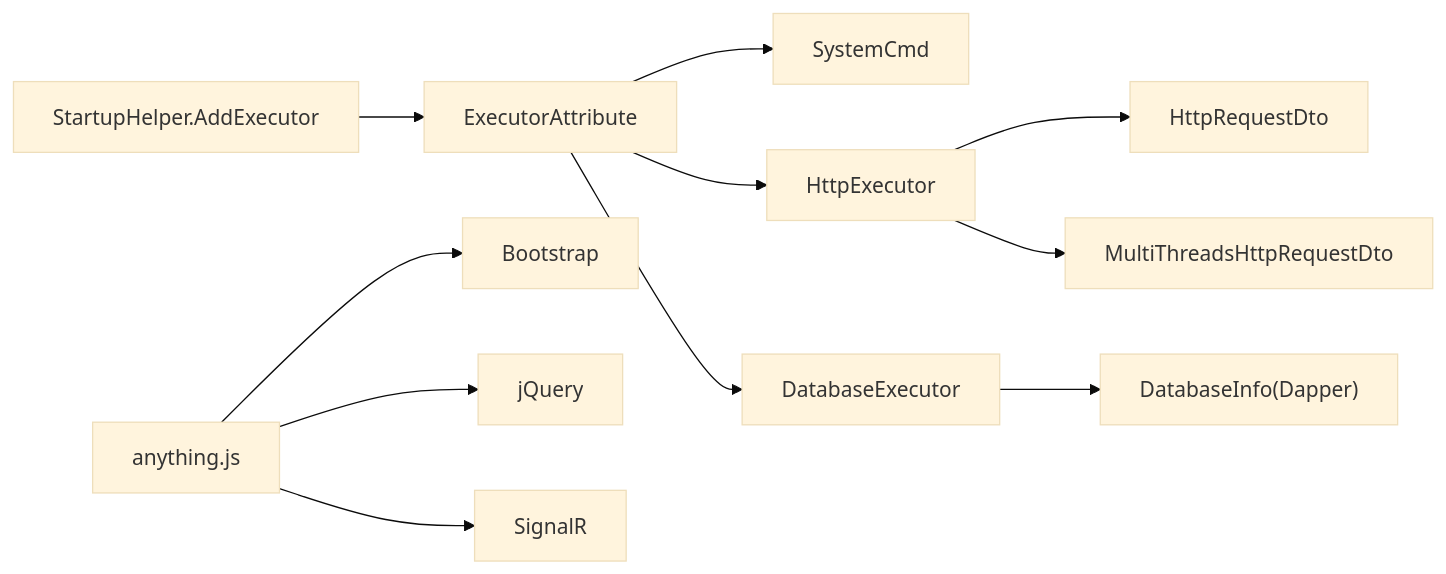
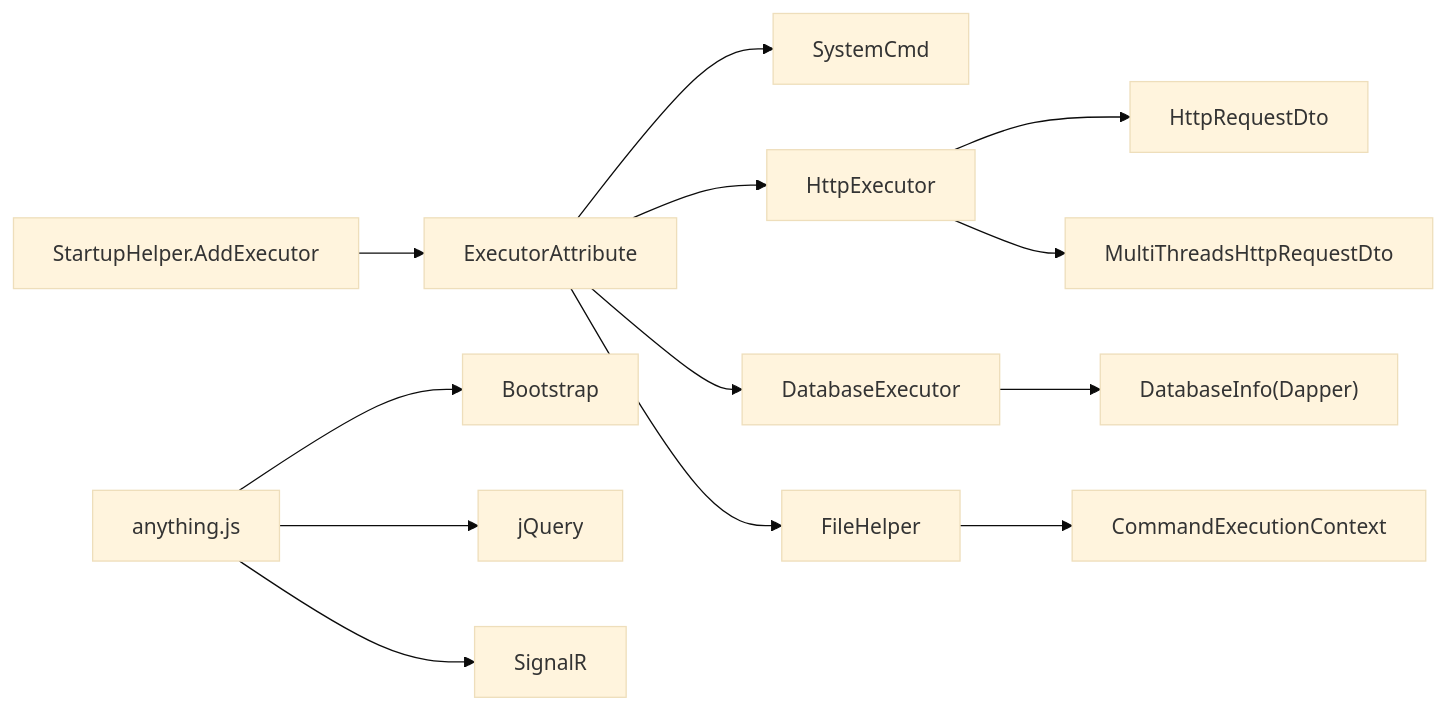
Diagram 12 of 12 in .qoder/repowiki/zh/content/远程主机管理模块/命令执行器系统.md (Sosososolong/AirGo), drawn with Mermaid (base theme) before and after one commit. The commit also changed other lines of this file and 7 other files, not shown here.

````diff
--- a/.qoder/repowiki/zh/content/远程主机管理模块/命令执行器系统.md
+++ b/.qoder/repowiki/zh/content/远程主机管理模块/命令执行器系统.md
@@ -484,13 +613,15 @@
 ```mermaid
 graph LR
 SH["StartupHelper.AddExecutor"] --> EXA["ExecutorAttribute"]
 EXA --> SYS["SystemCmd"]
 EXA --> HTTP["HttpExecutor"]
 EXA --> DBE["DatabaseExecutor"]
+EXA --> FHE["FileHelper"]
+FHE --> CEC["CommandExecutionContext"]
 HTTP --> HREQ["HttpRequestDto"]
 HTTP --> MREQ["MultiThreadsHttpRequestDto"]
 DBE --> DBI["DatabaseInfo(Dapper)"]
 AJAX["anything.js"] --> BOOT["Bootstrap"]
 AJAX --> JQ["jQuery"]
 AJAX --> SIG["SignalR"]
 ```
````
